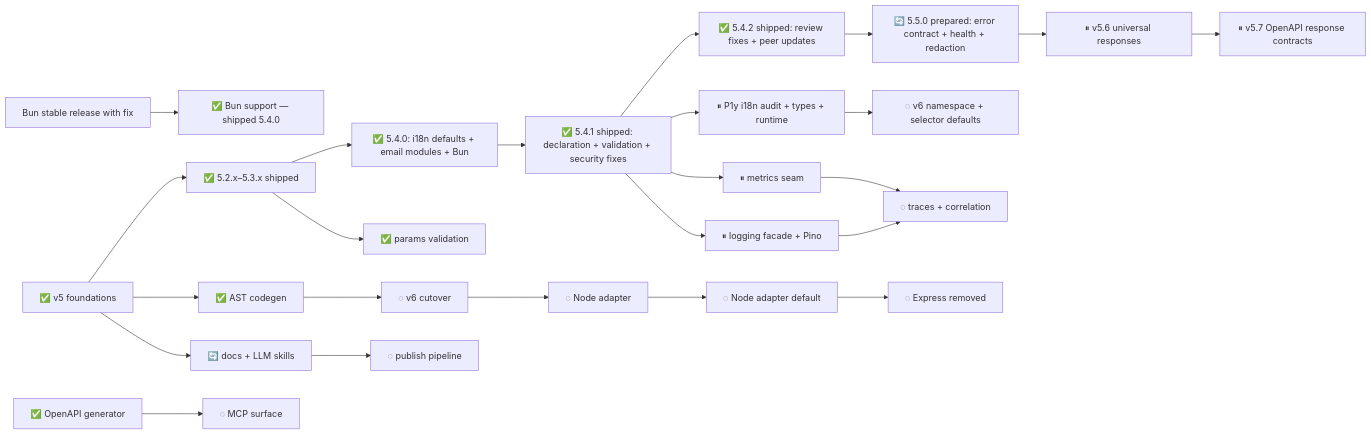
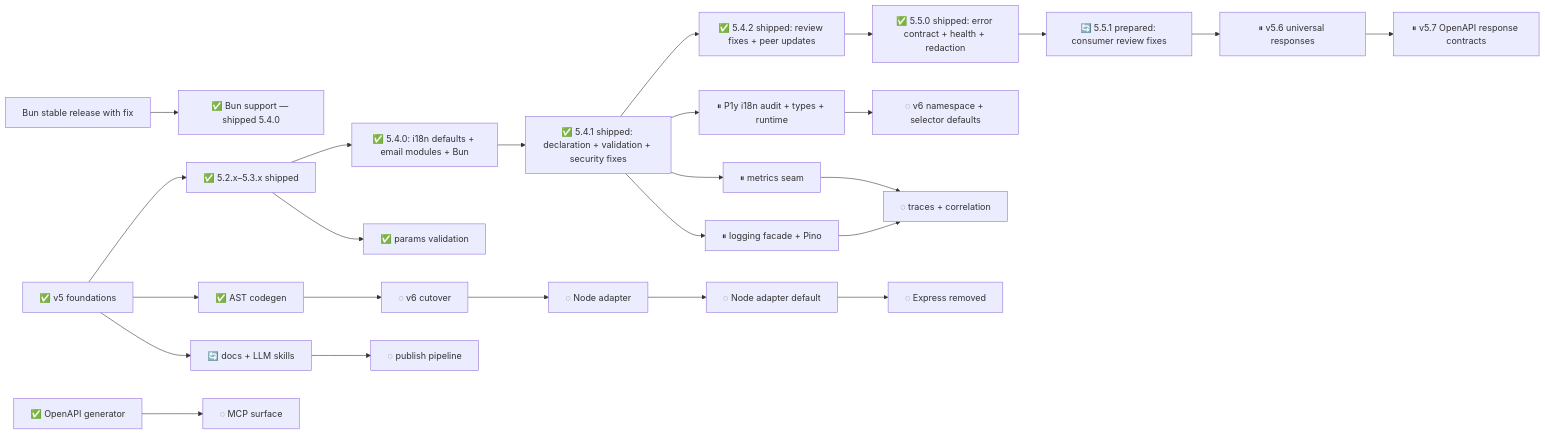
One commit to adaptivestone/framework changed the diagram in .plans/refactor/README.md. Above: the diagram before and after it, drawn with Mermaid. The commit also changed other lines of this file and 5 other files, not shown here.

````diff
--- a/.plans/refactor/README.md
+++ b/.plans/refactor/README.md
@@ -47,33 +48,34 @@
 ```mermaid
 flowchart LR
     Foundation["✅ v5 foundations"] --> Patch["✅ 5.2.x–5.3.x shipped"]
     Patch --> Released["✅ 5.4.0: i18n defaults + email modules + Bun"]
     Released --> Unreleased["✅ 5.4.1 shipped: declaration + validation + security fixes"]
 
     Unreleased --> Patch542["✅ 5.4.2 shipped: review fixes + peer updates"]
-    Patch542 --> Minor550["🔄 5.5.0 prepared: error contract + health + redaction"]
-    Minor550 --> Responses["⏸ v5.6 universal responses"]
+    Patch542 --> Minor550["✅ 5.5.0 shipped: error contract + health + redaction"]
+    Minor550 --> Patch551["🔄 5.5.1 prepared: consumer review fixes"]
+    Patch551 --> Responses["⏸ v5.6 universal responses"]
     Responses --> OpenAPI["⏸ v5.7 OpenAPI response contracts"]
 
     BunRelease["Bun stable release with fix"] --> BunSupport["✅ Bun support — shipped 5.4.0"]
 
     Unreleased --> I18nV5["⏸ P1y i18n audit + types + runtime"]
     I18nV5 --> I18nV6["◌ v6 namespace + selector defaults"]
 
     Foundation --> Codegen["✅ AST codegen"]
     Codegen --> V6["◌ v6 cutover"]
     V6 --> NodeAdapter["◌ Node adapter"]
     NodeAdapter --> DefaultNode["◌ Node adapter default"]
     DefaultNode --> DropExpress["◌ Express removed"]
 
     Foundation --> Docs["🔄 docs + LLM skills"]
     Docs --> Publish["◌ publish pipeline"]
 
     Patch --> Params["✅ params validation"]
     Unreleased --> Metrics["⏸ metrics seam"]
     Unreleased --> Logging["⏸ logging facade + Pino"]
     Logging --> Observability["◌ traces + correlation"]
     Metrics --> Observability
 
     OpenAPIGen["✅ OpenAPI generator"] --> MCP["◌ MCP surface"]
 ```
````
